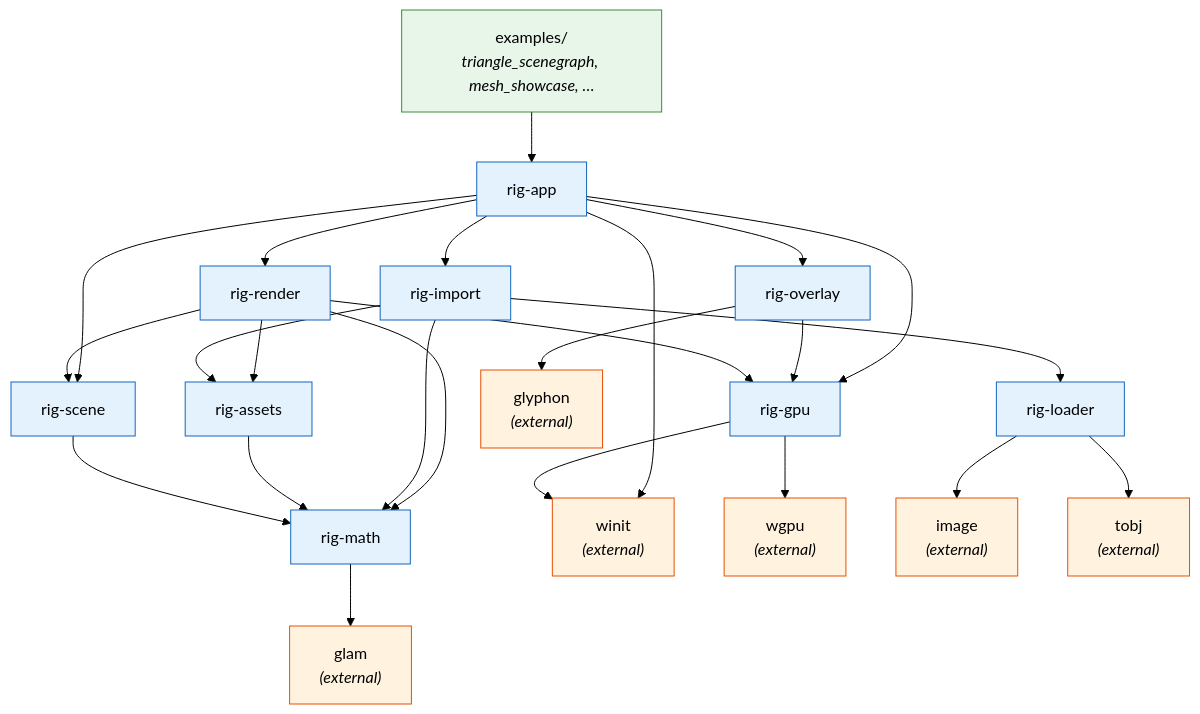
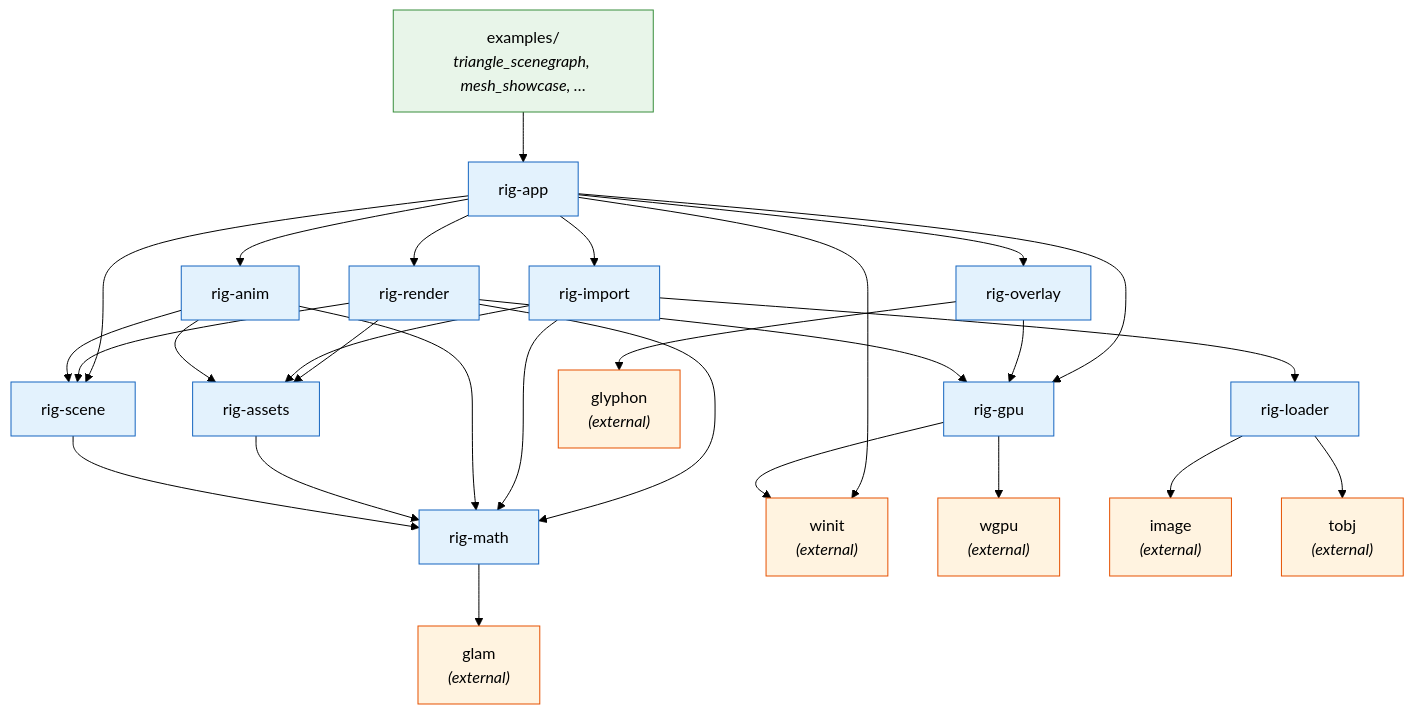
Before and after one commit to vansweej/nodemoss: the first of 4 diagrams in docs/ARCHITECTURE.md, drawn with Mermaid (forest theme). The commit also changed other lines of this file and 16 other files, not shown here.

````diff
--- a/docs/ARCHITECTURE.md
+++ b/docs/ARCHITECTURE.md
@@ -188,67 +193,74 @@
 ```mermaid
 graph TD
     examples["examples/<br/><i>triangle_scenegraph, mesh_showcase, …</i>"]
     app["rig-app"]
     overlay["rig-overlay"]
     render["rig-render"]
     gpu["rig-gpu"]
     import["rig-import"]
+    anim["rig-anim"]
     loader["rig-loader"]
     assets["rig-assets"]
     scene["rig-scene"]
     math["rig-math"]
     winit["winit<br/><i>(external)</i>"]
     wgpu["wgpu<br/><i>(external)</i>"]
     glyphon["glyphon<br/><i>(external)</i>"]
     glam["glam<br/><i>(external)</i>"]
     image["image<br/><i>(external)</i>"]
     tobj["tobj<br/><i>(external)</i>"]
 
     examples --> app
 
     app --> render
     app --> overlay
     app --> scene
     app --> gpu
     app --> import
+    app --> anim
     app --> winit
 
     overlay --> gpu
     overlay --> glyphon
 
     render --> assets
     render --> scene
     render --> math
     render --> gpu
 
     import --> loader
     import --> assets
     import --> math
+
+    anim --> assets
+    anim --> scene
+    anim --> math
 
     loader --> image
     loader --> tobj
 
     gpu --> wgpu
     gpu --> winit
 
     assets --> math
     scene --> math
     math --> glam
 
     style examples fill:#e8f5e9,stroke:#388e3c
     style app fill:#e3f2fd,stroke:#1565c0
     style overlay fill:#e3f2fd,stroke:#1565c0
     style render fill:#e3f2fd,stroke:#1565c0
     style gpu fill:#e3f2fd,stroke:#1565c0
     style import fill:#e3f2fd,stroke:#1565c0
+    style anim fill:#e3f2fd,stroke:#1565c0
     style loader fill:#e3f2fd,stroke:#1565c0
     style assets fill:#e3f2fd,stroke:#1565c0
     style scene fill:#e3f2fd,stroke:#1565c0
     style math fill:#e3f2fd,stroke:#1565c0
     style winit fill:#fff3e0,stroke:#e65100
     style wgpu fill:#fff3e0,stroke:#e65100
     style glyphon fill:#fff3e0,stroke:#e65100
     style glam fill:#fff3e0,stroke:#e65100
     style image fill:#fff3e0,stroke:#e65100
     style tobj fill:#fff3e0,stroke:#e65100
 ```
````
